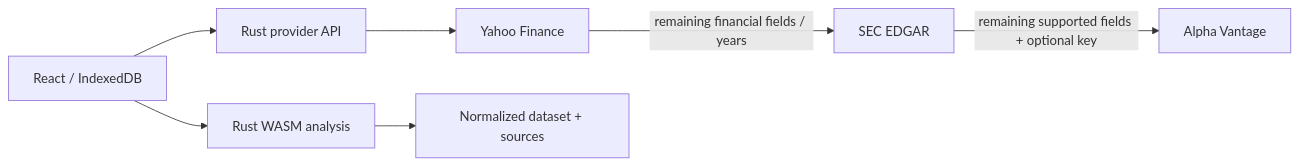
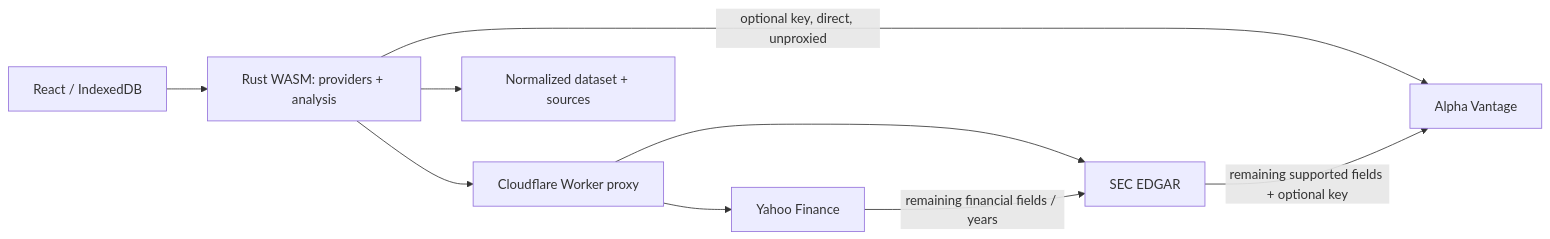
The diagram in docs/providers.md (rsntlabs/financial), drawn with Mermaid before and after one commit. The commit also changed other lines of this file and 2 other files, not shown here.

First line of the commit message:
Document the Cloudflare Worker migration

````diff
--- a/docs/providers.md
+++ b/docs/providers.md
@@ -3,9 +3,11 @@
 ```mermaid
 flowchart LR
-  UI[React / IndexedDB] --> API[Rust provider API]
-  UI --> WASM[Rust WASM analysis]
-  API --> Yahoo[Yahoo Finance]
-  Yahoo -->|remaining financial fields / years| SEC[SEC EDGAR]
-  SEC -->|remaining supported fields + optional key| Alpha[Alpha Vantage]
+  UI[React / IndexedDB] --> WASM[Rust WASM: providers + analysis]
+  WASM --> Worker[Cloudflare Worker proxy]
+  Worker --> Yahoo[Yahoo Finance]
+  Worker --> SEC[SEC EDGAR]
+  WASM -->|optional key, direct, unproxied| Alpha[Alpha Vantage]
+  Yahoo -->|remaining financial fields / years| SEC
+  SEC -->|remaining supported fields + optional key| Alpha
   WASM --> Dataset[Normalized dataset + sources]
 ```
````
